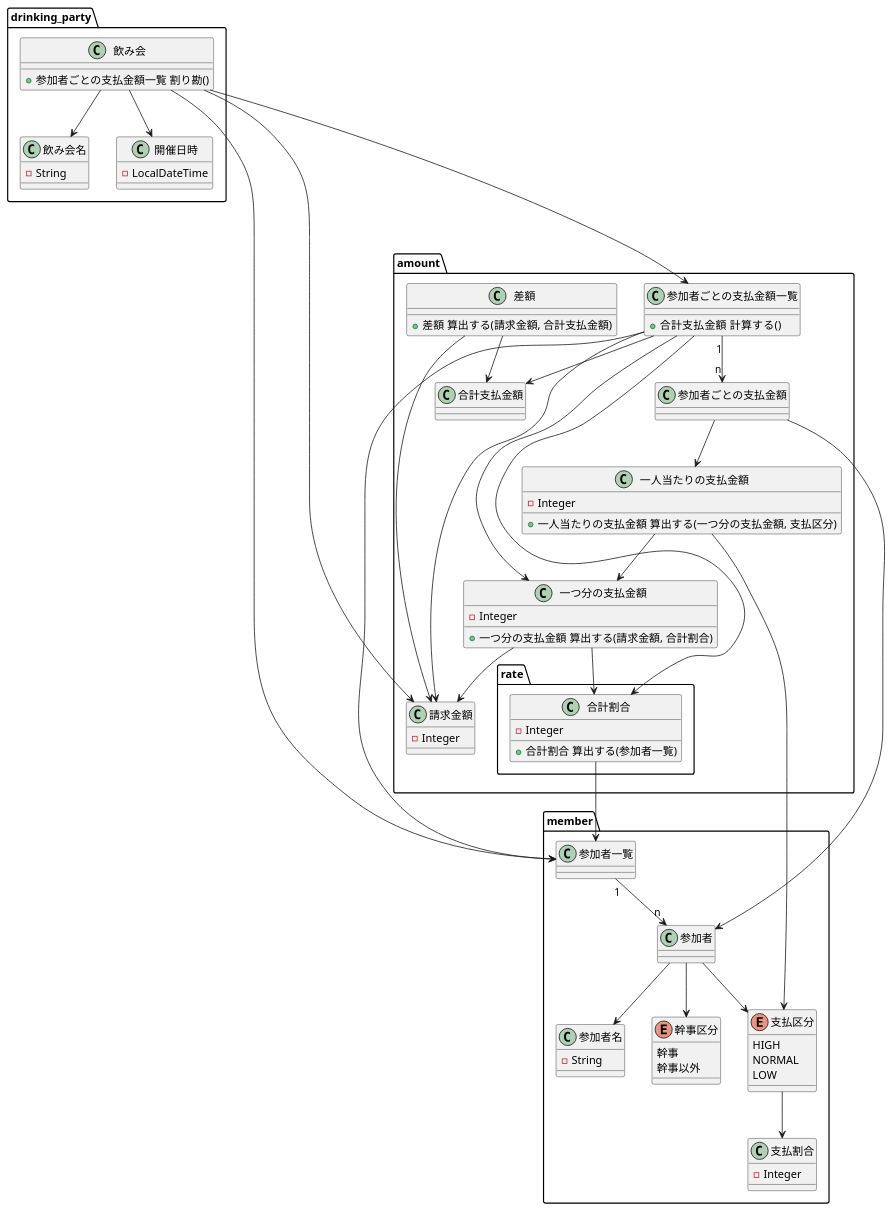
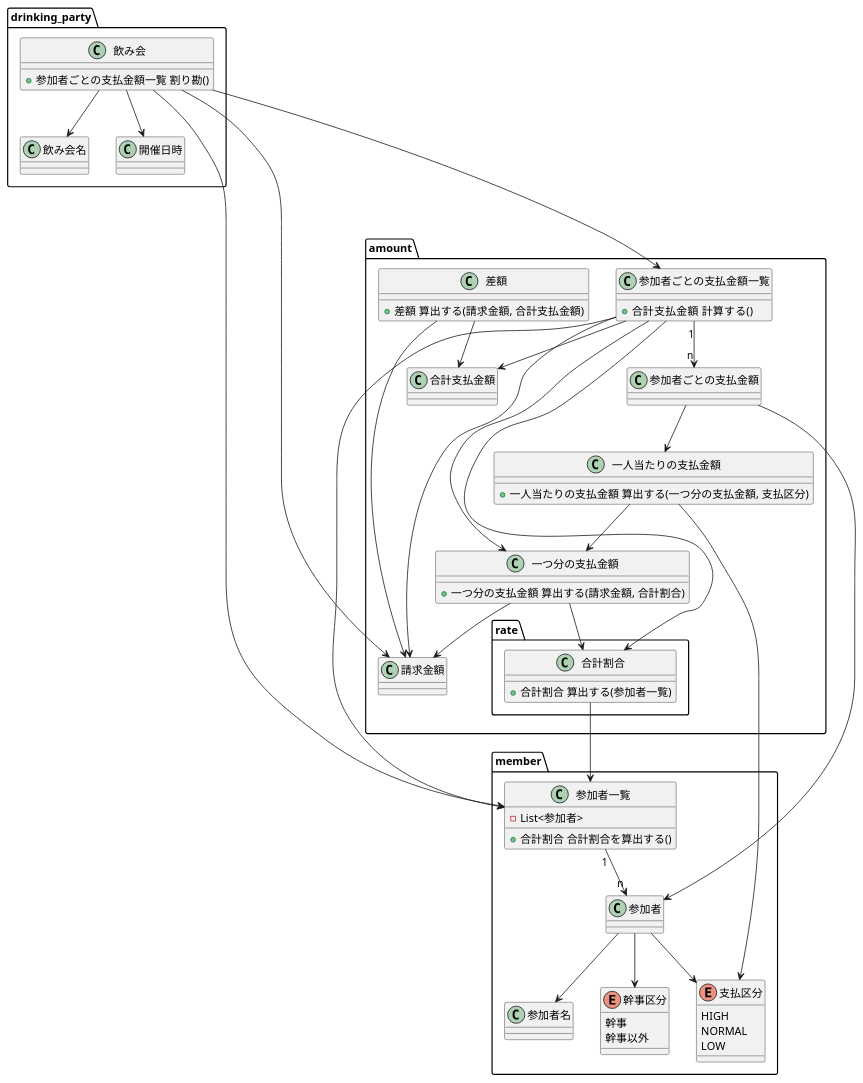
The diagram in doc/モデル３.puml (mmm00mmm/ddd-warikan), drawn with PlantUML before and after one commit. The commit also changed 7 other files, not shown here.

```diff
--- a/doc/モデル３.puml
+++ b/doc/モデル３.puml
@@ -1,98 +1,91 @@
 @startuml
 
 package drinking_party {
     class 飲み会 {
         + 参加者ごとの支払金額一覧 割り勘()
     }
     class 飲み会名 {
-        - String
     }
     class 開催日時 {
-        - LocalDateTime
     }
 
     飲み会 --> 飲み会名
     飲み会 --> 開催日時
 }
 
 package member {
+    class 参加者一覧 {
+        - List<参加者>
+        + 合計割合 合計割合を算出する()
+    }
     class 参加者名 {
-        - String
     }
     enum 幹事区分 {
         幹事
         幹事以外
     }
     enum 支払区分 {
         HIGH
         NORMAL
         LOW
     }
-    class 支払割合 {
-        - Integer
-    }
 
     参加者一覧 "1" --> "n" 参加者
     参加者 --> 参加者名
     参加者 --> 幹事区分
     参加者 --> 支払区分
-    支払区分 --> 支払割合
 }
 
 package amount {
     class 請求金額 {
-        - Integer
     }
     class 一つ分の支払金額 {
-        - Integer
         + 一つ分の支払金額 算出する(請求金額, 合計割合)
     }
     class 一人当たりの支払金額 {
-        - Integer
         + 一人当たりの支払金額 算出する(一つ分の支払金額, 支払区分)
     }
     package rate {
         class 合計割合 {
-            - Integer
             + 合計割合 算出する(参加者一覧)
         }
     }
     class 参加者ごとの支払金額 {
     }
     class 参加者ごとの支払金額一覧 {
         + 合計支払金額  計算する()
     }
     class 合計支払金額 {
     }
     class 差額 {
         + 差額 算出する(請求金額, 合計支払金額)
     }
 
     一つ分の支払金額 --> 請求金額
     参加者ごとの支払金額 --> 一人当たりの支払金額
     参加者ごとの支払金額一覧 "1" --> "n" 参加者ごとの支払金額
     参加者ごとの支払金額一覧 --> 合計支払金額
     差額 --> 請求金額
     差額 --> 合計支払金額
 }
 
 飲み会 --> 請求金額
 飲み会 ----> 参加者ごとの支払金額一覧
 飲み会 --> 参加者一覧
 
 一つ分の支払金額 --> 合計割合
 合計割合 --> 参加者一覧
 
 参加者ごとの支払金額一覧 --> 参加者一覧
 参加者ごとの支払金額一覧 --> 請求金額
 参加者ごとの支払金額一覧 --> 一つ分の支払金額
 参加者ごとの支払金額一覧 --> 合計割合
 
 
 
 一人当たりの支払金額 --> 一つ分の支払金額
 一人当たりの支払金額 --> 支払区分
 
 参加者ごとの支払金額 --> 参加者
 
 @enduml
```
